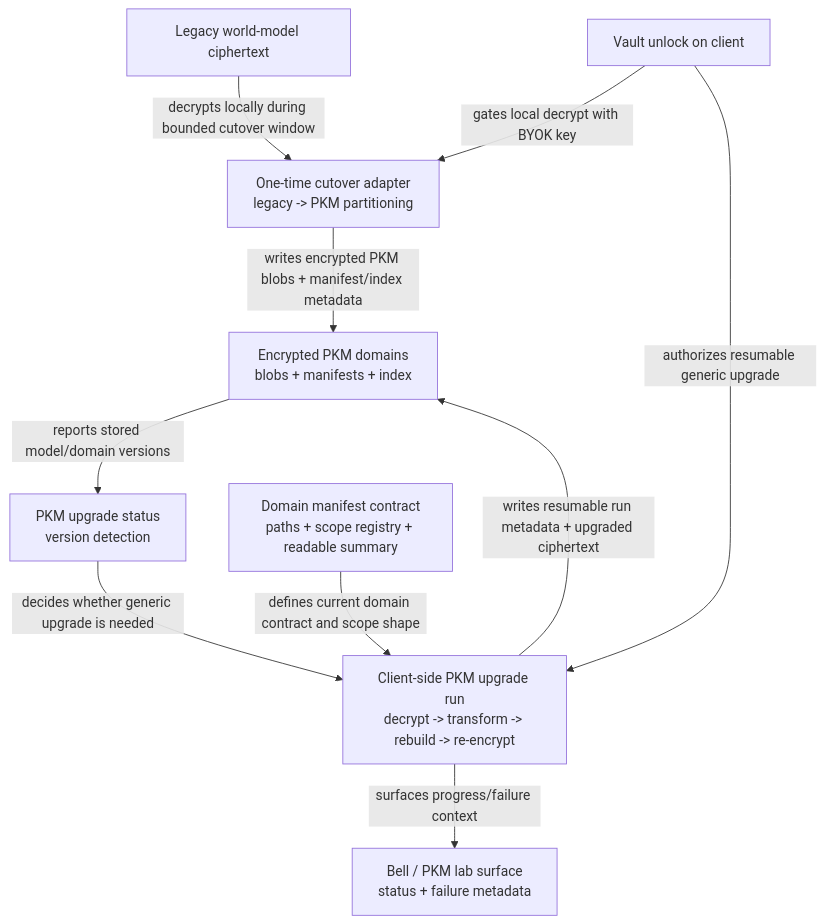
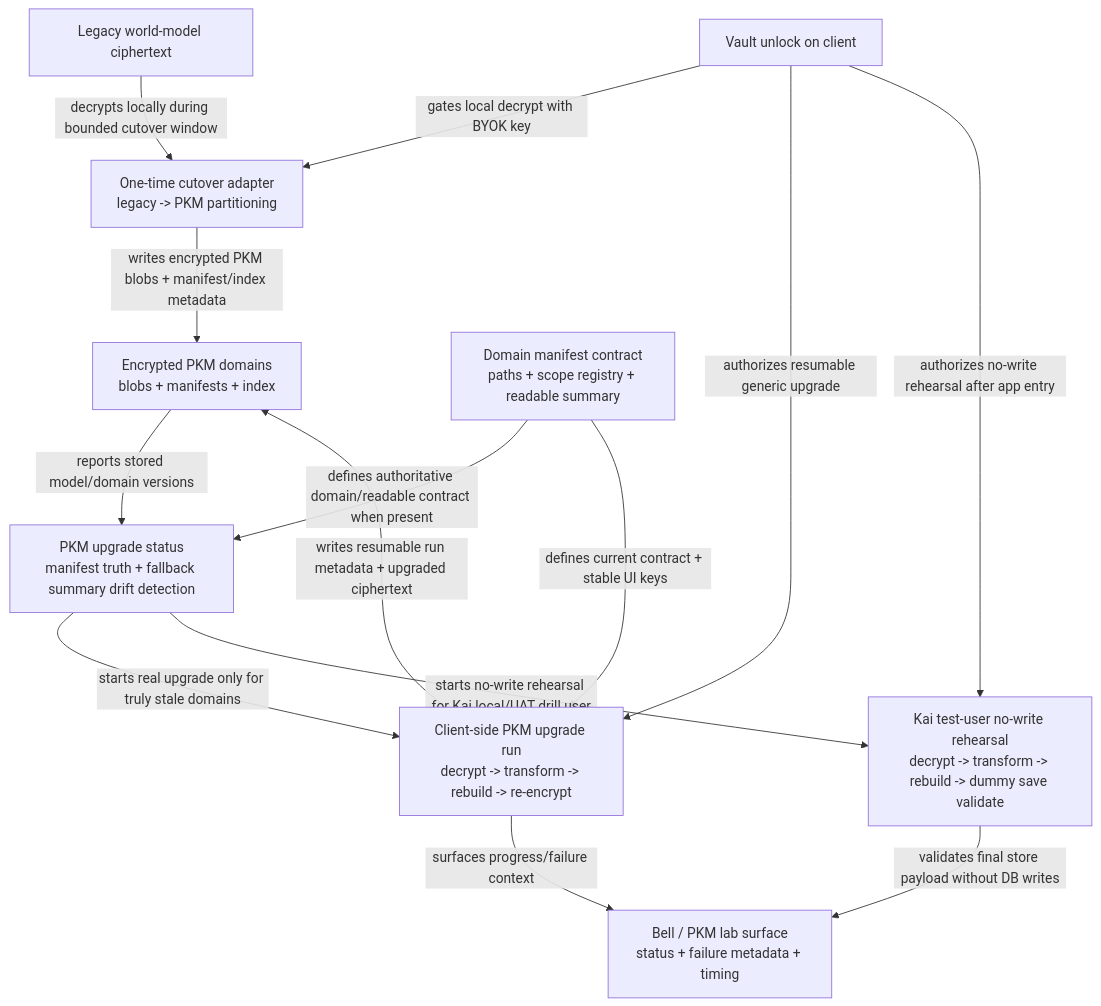
One commit to hushh-labs/hushh-research changed the diagram in docs/reference/architecture/pkm-cutover-runbook.md. Above: the diagram before and after it, drawn with Mermaid. The commit also changed other lines of this file and 43 other files, not shown here.

````diff
--- a/docs/reference/architecture/pkm-cutover-runbook.md
+++ b/docs/reference/architecture/pkm-cutover-runbook.md
@@ -6,21 +6,26 @@
 ```mermaid
 flowchart TB
   legacy["Legacy world-model ciphertext"]
   unlock["Vault unlock on client"]
   cutover["One-time cutover adapter<br/>legacy -> PKM partitioning"]
   pkm["Encrypted PKM domains<br/>blobs + manifests + index"]
-  status["PKM upgrade status<br/>version detection"]
+  status["PKM upgrade status<br/>manifest truth + fallback summary drift detection"]
   manifest["Domain manifest contract<br/>paths + scope registry + readable summary"]
   upgrade["Client-side PKM upgrade run<br/>decrypt -> transform -> rebuild -> re-encrypt"]
-  bell["Bell / PKM lab surface<br/>status + failure metadata"]
+  rehearsal["Kai test-user no-write rehearsal<br/>decrypt -> transform -> rebuild -> dummy save validate"]
+  bell["Bell / PKM lab surface<br/>status + failure metadata + timing"]
 
   legacy -->|decrypts locally during bounded cutover window| cutover
   unlock -->|gates local decrypt with BYOK key| cutover
   cutover -->|writes encrypted PKM blobs + manifest/index metadata| pkm
   pkm -->|reports stored model/domain versions| status
-  status -->|decides whether generic upgrade is needed| upgrade
-  manifest -->|defines current domain contract and scope shape| upgrade
+  manifest -->|defines authoritative domain/readable contract when present| status
+  status -->|starts real upgrade only for truly stale domains| upgrade
+  status -->|starts no-write rehearsal for Kai local/UAT drill user| rehearsal
+  manifest -->|defines current contract + stable UI keys| upgrade
   unlock -->|authorizes resumable generic upgrade| upgrade
+  unlock -->|authorizes no-write rehearsal after app entry| rehearsal
   upgrade -->|writes resumable run metadata + upgraded ciphertext| pkm
+  rehearsal -->|validates final store payload without DB writes| bell
   upgrade -->|surfaces progress/failure context| bell
 ```
````
